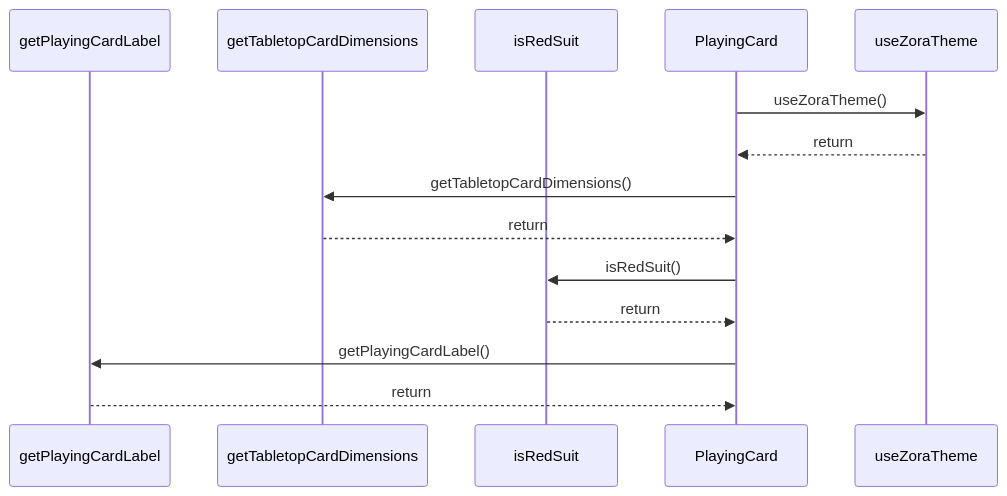
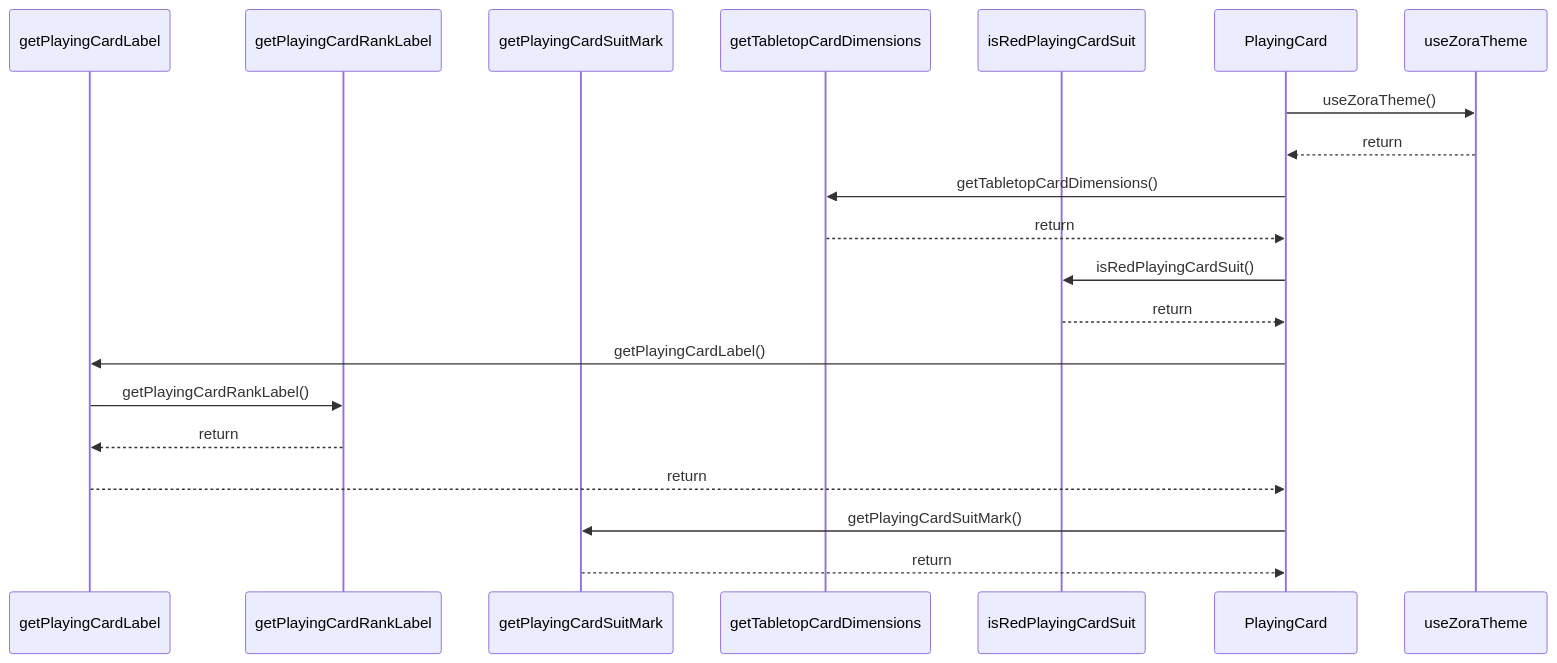
One commit to ankhorage/zora-tabletop changed the diagram in paradox/diagrams/sequences/playing-card.mmd. Above: the diagram before and after it, drawn with Mermaid. The commit also changed 11 other files, not shown here.

```diff
--- a/paradox/diagrams/sequences/playing-card.mmd
+++ b/paradox/diagrams/sequences/playing-card.mmd
@@ -1,14 +1,20 @@
 sequenceDiagram
   participant participant_getPlayingCardLabel as getPlayingCardLabel
+  participant participant_getPlayingCardRankLabel as getPlayingCardRankLabel
+  participant participant_getPlayingCardSuitMark as getPlayingCardSuitMark
   participant participant_getTabletopCardDimensions as getTabletopCardDimensions
-  participant participant_isRedSuit as isRedSuit
+  participant participant_isRedPlayingCardSuit as isRedPlayingCardSuit
   participant participant_PlayingCard as PlayingCard
   participant participant_useZoraTheme as useZoraTheme
   participant_PlayingCard->>participant_useZoraTheme: useZoraTheme()
   participant_useZoraTheme-->>participant_PlayingCard: return
   participant_PlayingCard->>participant_getTabletopCardDimensions: getTabletopCardDimensions()
   participant_getTabletopCardDimensions-->>participant_PlayingCard: return
-  participant_PlayingCard->>participant_isRedSuit: isRedSuit()
-  participant_isRedSuit-->>participant_PlayingCard: return
+  participant_PlayingCard->>participant_isRedPlayingCardSuit: isRedPlayingCardSuit()
+  participant_isRedPlayingCardSuit-->>participant_PlayingCard: return
   participant_PlayingCard->>participant_getPlayingCardLabel: getPlayingCardLabel()
+  participant_getPlayingCardLabel->>participant_getPlayingCardRankLabel: getPlayingCardRankLabel()
+  participant_getPlayingCardRankLabel-->>participant_getPlayingCardLabel: return
   participant_getPlayingCardLabel-->>participant_PlayingCard: return
+  participant_PlayingCard->>participant_getPlayingCardSuitMark: getPlayingCardSuitMark()
+  participant_getPlayingCardSuitMark-->>participant_PlayingCard: return
```
